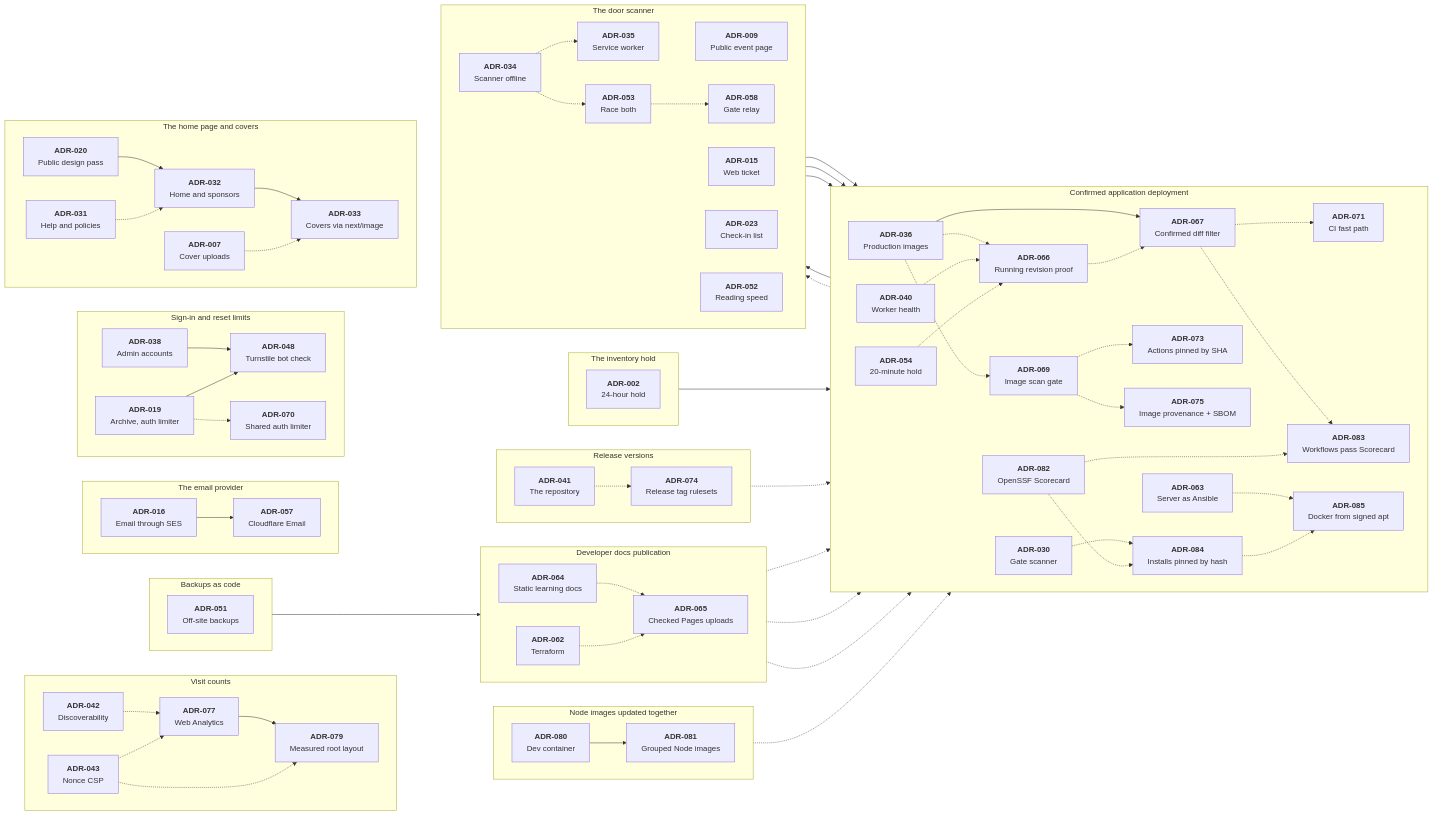
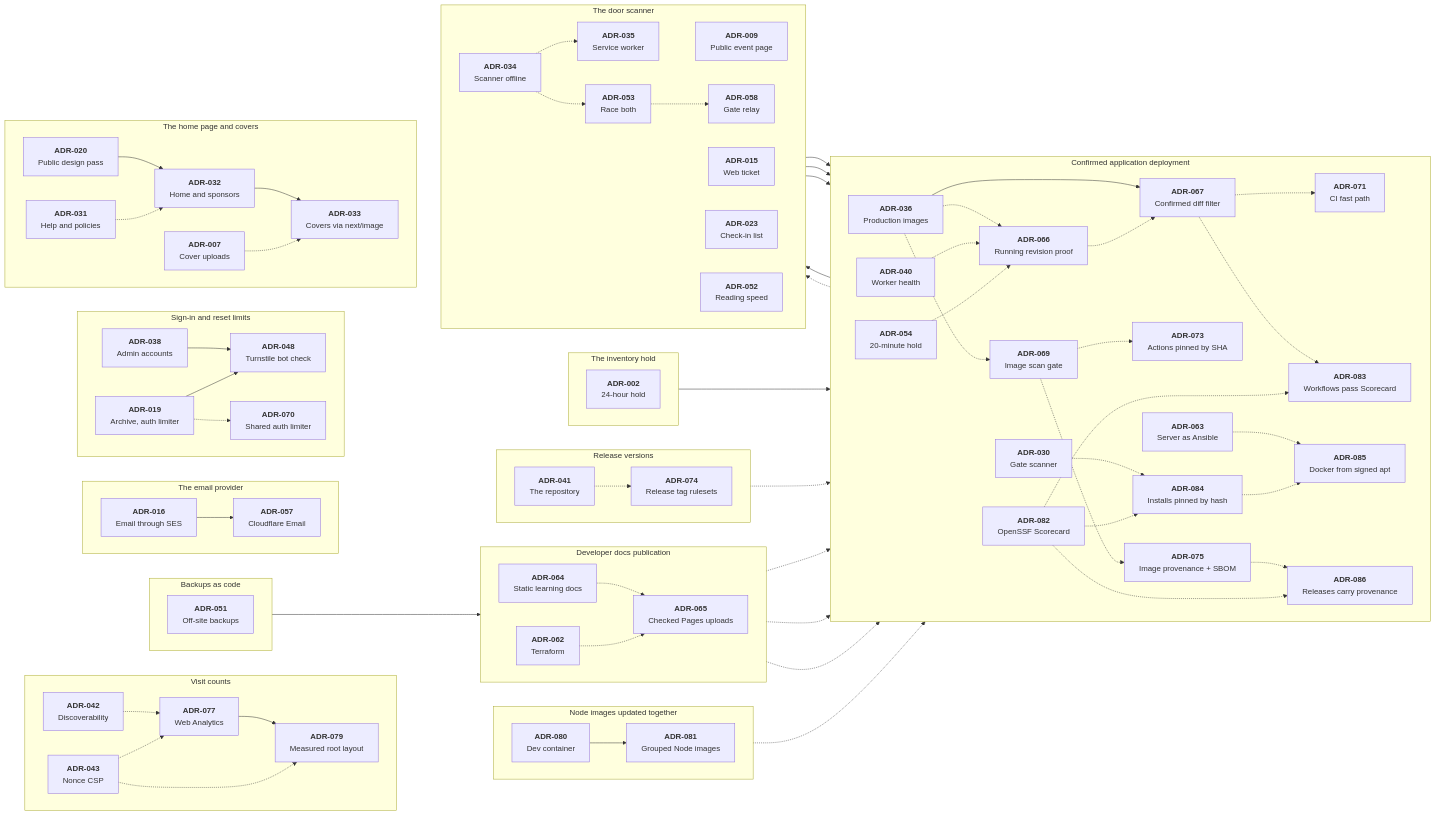
One commit to Ashfak-Hossain/EchoAndAura changed the diagram in docs/decisions/README.md. Above: the diagram before and after it, drawn with Mermaid. The commit also changed other lines of this file and 4 other files, not shown here.

```diff
--- a/docs/decisions/README.md
+++ b/docs/decisions/README.md
@@ -99,6 +99,8 @@
         Server as Ansible`"]
         a085["`**ADR-085**
         Docker from signed apt`"]
+        a086["`**ADR-086**
+        Releases carry provenance`"]
         a036 -.-> a066
         a040 -.-> a066
         a054 -.-> a066
@@ -118,6 +120,8 @@
         a082 -.-> a084
         a063 -.-> a085
         a084 -.-> a085
+        a075 -.-> a086
+        a082 -.-> a086
     end
     %% Mermaid draws the last group on top, so the groups are declared bottom first.
     subgraph analytics ["Visit counts"]
```
